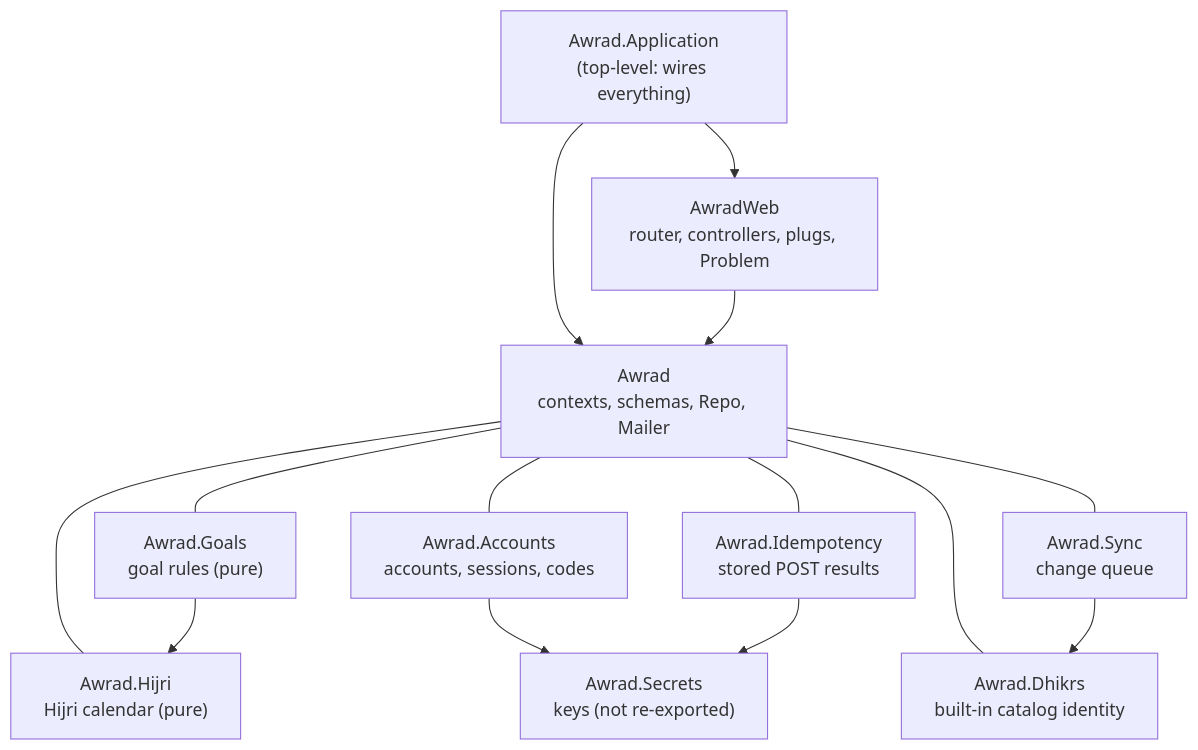
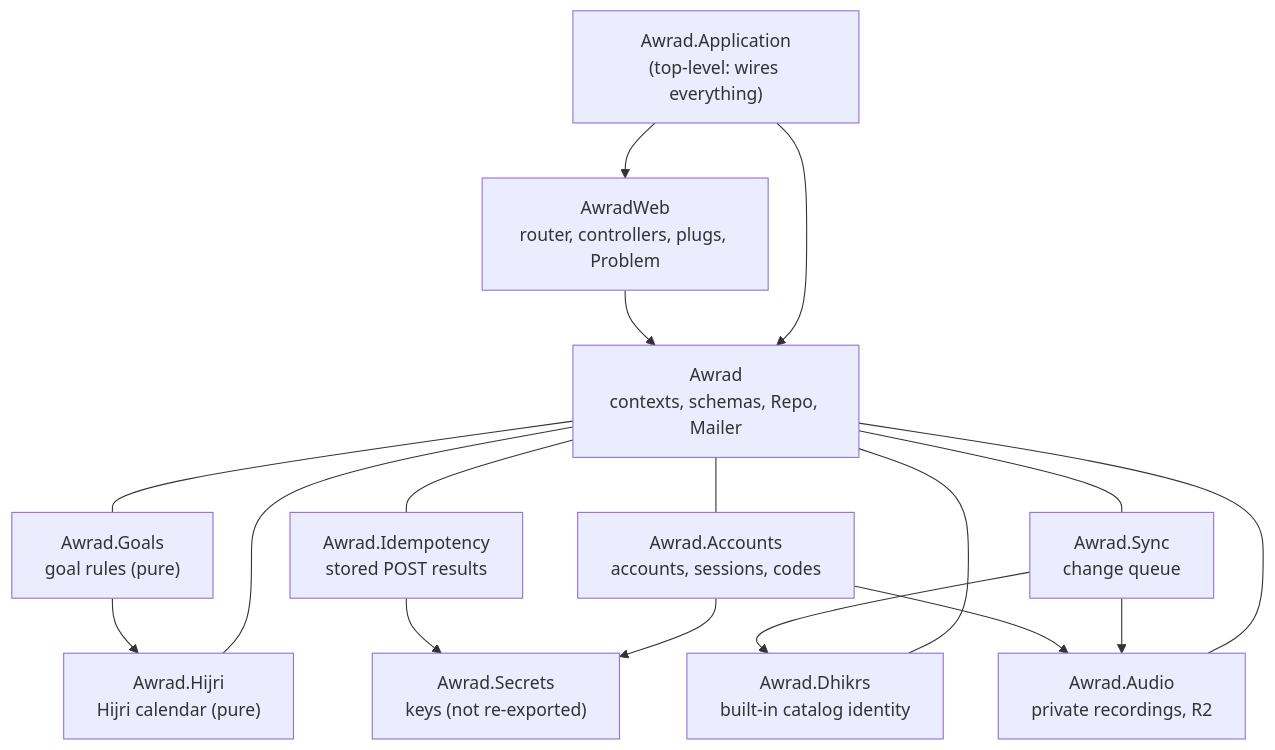
One commit to shibilyt/awrad changed the diagram in awrad-server-next/ARCHITECTURE.md. Above: the diagram before and after it, drawn with Mermaid. The commit also changed other lines of this file and 44 other files, not shown here.

First line of the commit message:
Server 3c: private audio uploads for custom dhikrs

````diff
--- a/awrad-server-next/ARCHITECTURE.md
+++ b/awrad-server-next/ARCHITECTURE.md
@@ -10,26 +10,30 @@
 ```mermaid
 flowchart TD
   app["Awrad.Application<br/>(top-level: wires everything)"]
   web["AwradWeb<br/>router, controllers, plugs, Problem"]
   domain["Awrad<br/>contexts, schemas, Repo, Mailer"]
   goals["Awrad.Goals<br/>goal rules (pure)"]
   hijri["Awrad.Hijri<br/>Hijri calendar (pure)"]
   accounts["Awrad.Accounts<br/>accounts, sessions, codes"]
   idem["Awrad.Idempotency<br/>stored POST results"]
   dhikrs["Awrad.Dhikrs<br/>built-in catalog identity"]
   sync["Awrad.Sync<br/>change queue"]
+  audio["Awrad.Audio<br/>private recordings, R2"]
   secrets["Awrad.Secrets<br/>keys (not re-exported)"]
   app --> web
   app --> domain
   web --> domain
   domain --- goals
   domain --- hijri
   domain --- accounts
   domain --- idem
   domain --- dhikrs
   domain --- sync
+  domain --- audio
   sync --> dhikrs
+  sync --> audio
+  accounts --> audio
   goals --> hijri
   accounts --> secrets
   idem --> secrets
 ```
````
